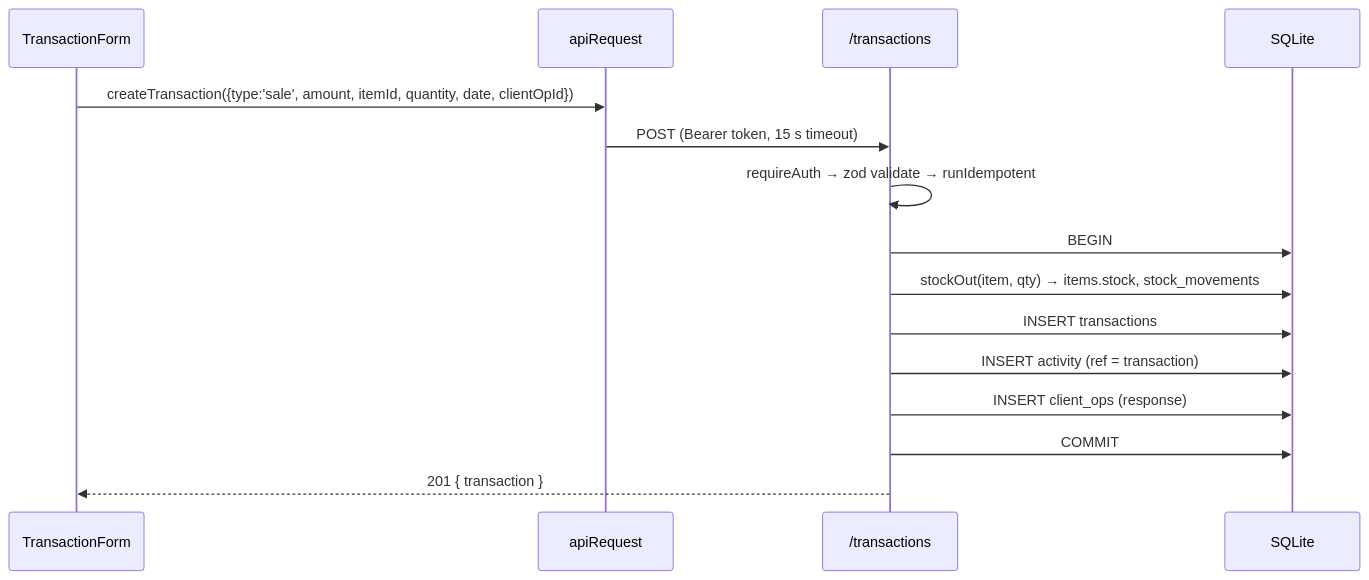
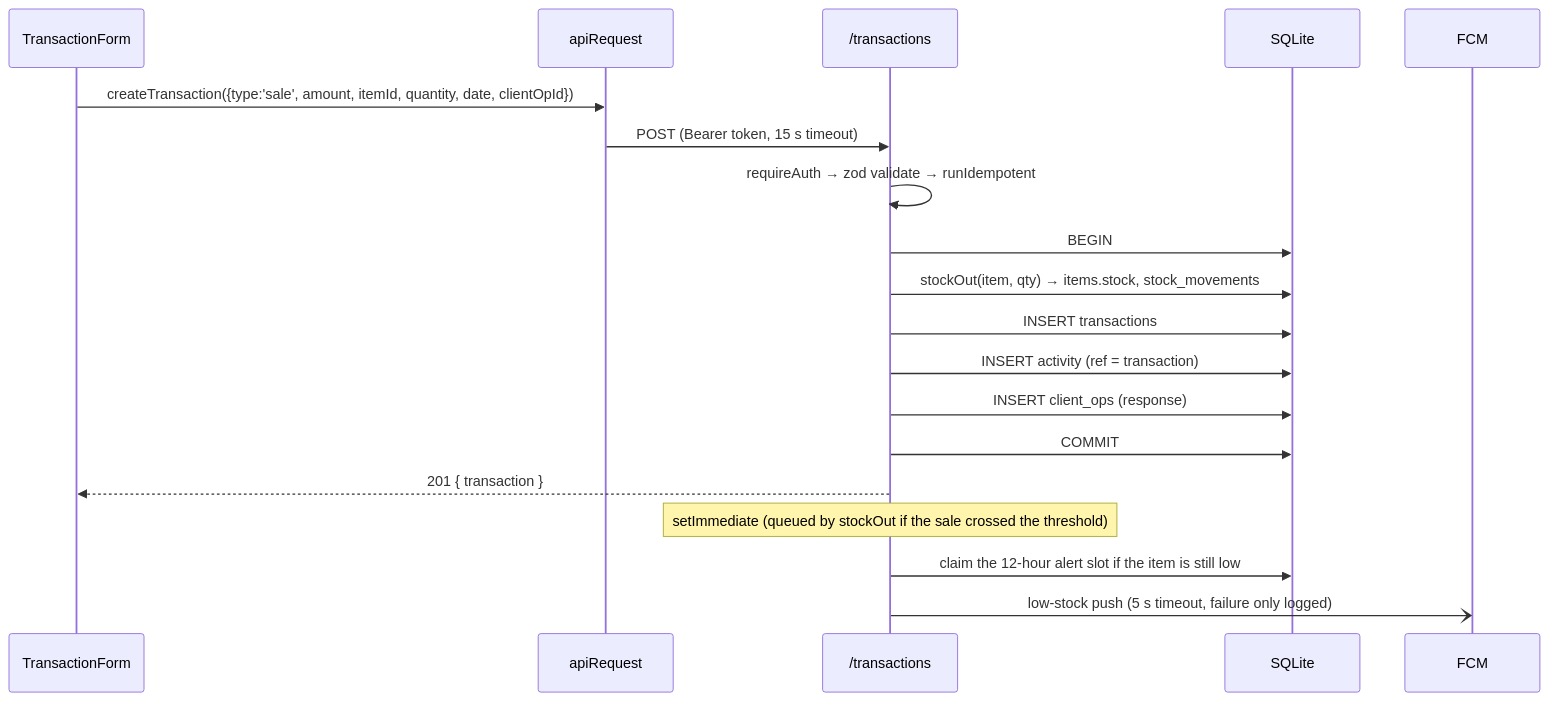
The third of 3 diagrams in docs/ARCHITECTURE.md (Ayemelack/Kazi), drawn with Mermaid before and after one commit. The commit also changed other lines of this file and 27 other files, not shown here.

First line of the commit message:
KZ-03: send a low-stock push after the write commits, and gate the test send route

````diff
--- a/docs/ARCHITECTURE.md
+++ b/docs/ARCHITECTURE.md
@@ -426,17 +429,20 @@
 ```mermaid
 sequenceDiagram
   participant S as TransactionForm
   participant C as apiRequest
   participant R as /transactions
   participant DB as SQLite
   S->>C: createTransaction({type:'sale', amount, itemId, quantity, date, clientOpId})
   C->>R: POST (Bearer token, 15 s timeout)
   R->>R: requireAuth → zod validate → runIdempotent
   R->>DB: BEGIN
   R->>DB: stockOut(item, qty) → items.stock, stock_movements
   R->>DB: INSERT transactions
   R->>DB: INSERT activity (ref = transaction)
   R->>DB: INSERT client_ops (response)
   R->>DB: COMMIT
   R-->>S: 201 { transaction }
+  Note over R: setImmediate (queued by stockOut if the sale crossed the threshold)
+  R->>DB: claim the 12-hour alert slot if the item is still low
+  R-)FCM: low-stock push (5 s timeout, failure only logged)
 ```
````
